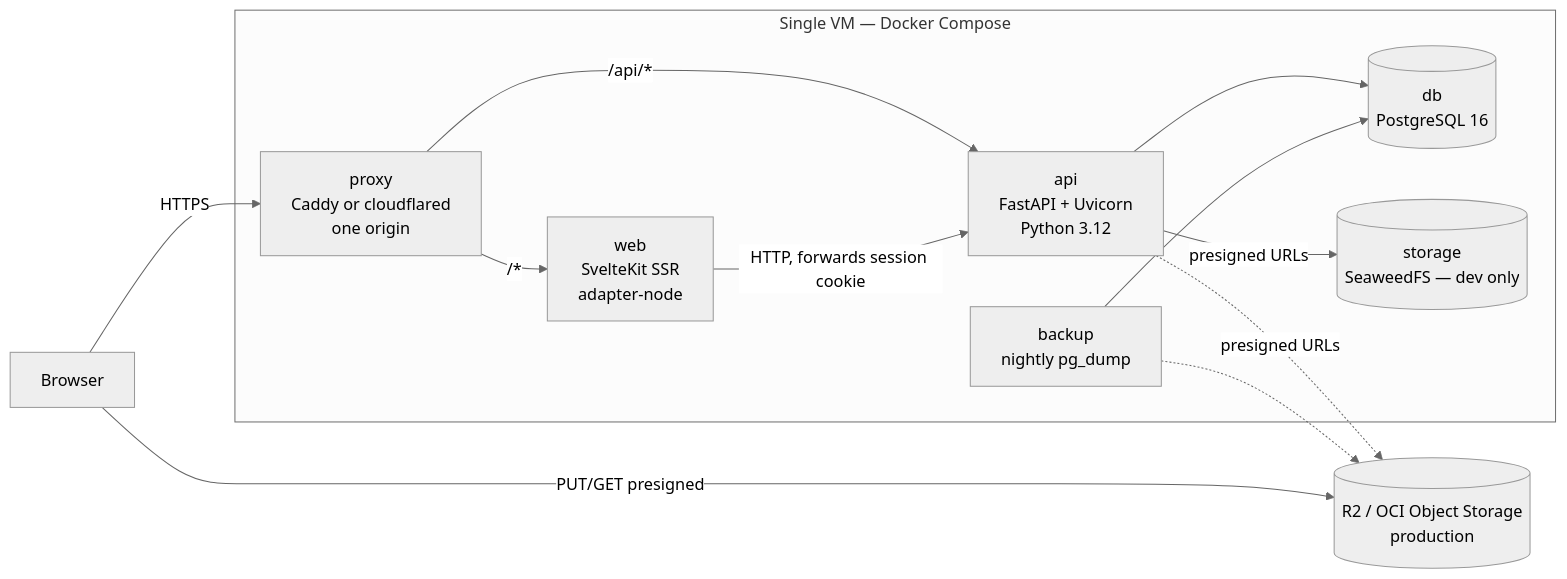
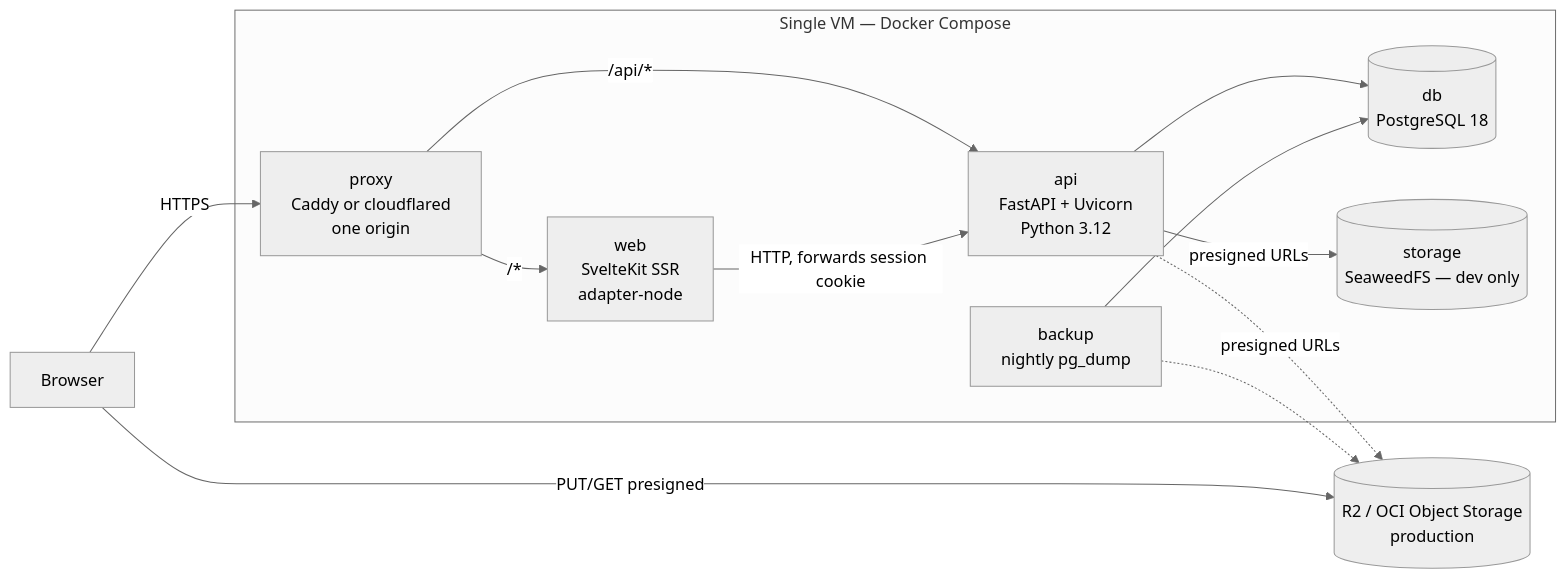
The second of 7 diagrams in docs/03-architecture.md (rad-therapy-apps/rtapps), drawn with Mermaid (neutral theme) before and after one commit. The commit also changed other lines of this file and 10 other files, not shown here.

````diff
--- a/docs/03-architecture.md
+++ b/docs/03-architecture.md
@@ -65,24 +65,24 @@
 ```mermaid
 flowchart LR
   browser[Browser]
   subgraph vm[Single VM — Docker Compose]
     proxy[proxy<br/>Caddy or cloudflared<br/>one origin]
     web[web<br/>SvelteKit SSR<br/>adapter-node]
     api[api<br/>FastAPI + Uvicorn<br/>Python 3.12]
-    db[(db<br/>PostgreSQL 16)]
+    db[(db<br/>PostgreSQL 18)]
     minio[(storage<br/>SeaweedFS — dev only)]
     backup[backup<br/>nightly pg_dump]
   end
   r2[(R2 / OCI Object Storage<br/>production)]
 
   browser -->|HTTPS| proxy
   proxy -->|/api/*| api
   proxy -->|/*| web
   web -->|HTTP, forwards session cookie| api
   api --> db
   api -->|presigned URLs| minio
   api -.->|presigned URLs| r2
   browser -->|PUT/GET presigned| r2
   backup --> db
   backup -.-> r2
 ```
````
